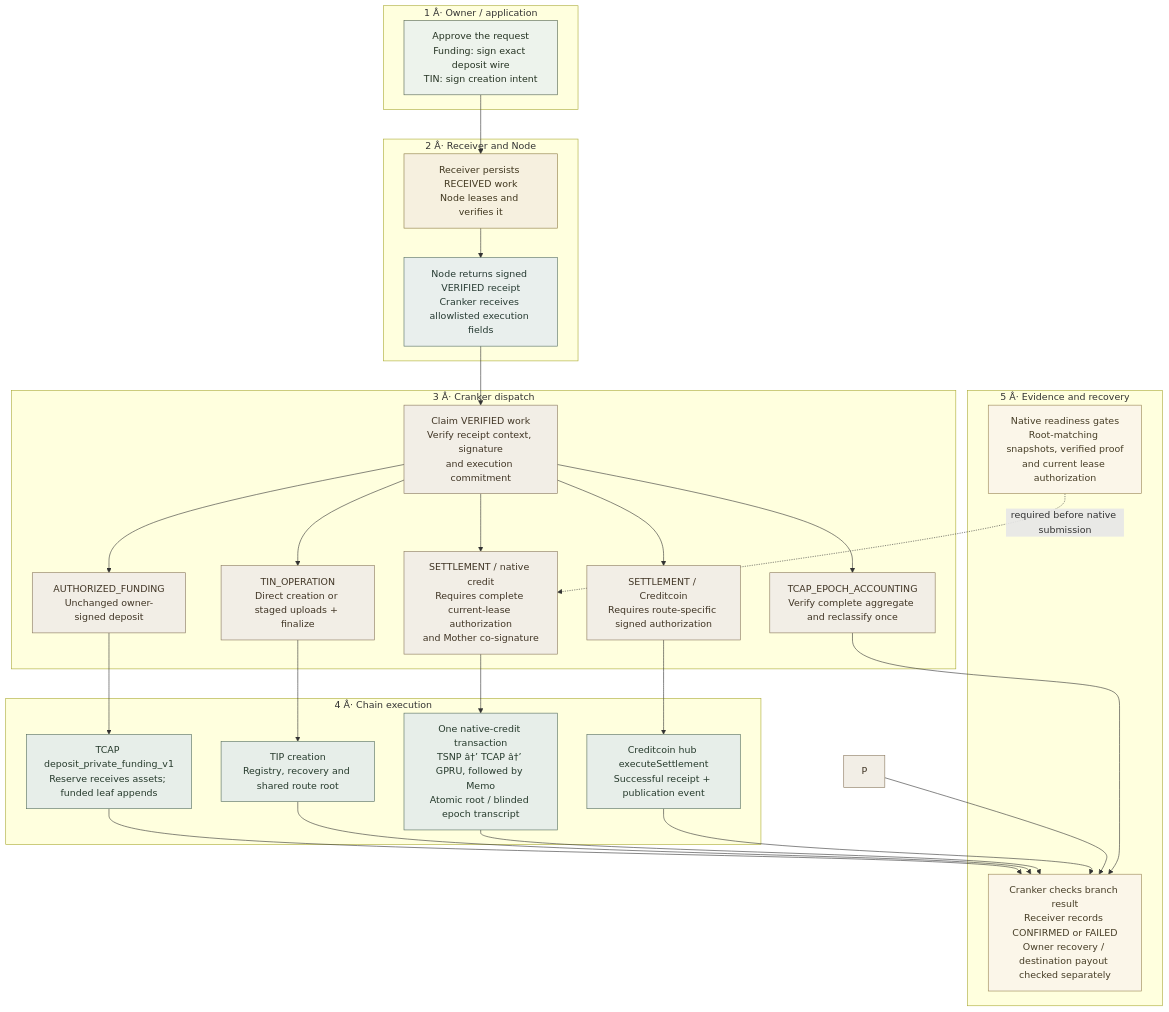
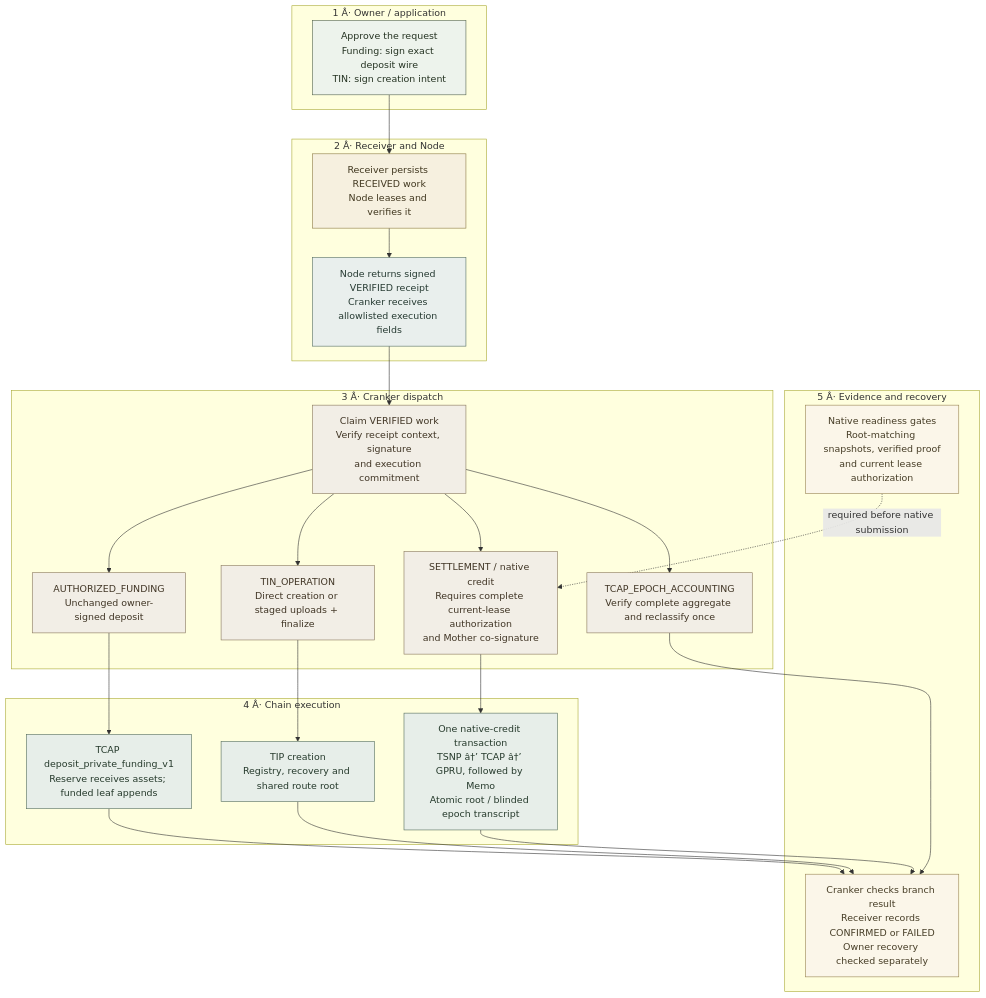
The diagram in docs/laboratory/cranker-transaction-map.md (bigdreamsweb3/trustlink-pay), drawn with Mermaid before and after one commit. The commit also changed other lines of this file and 263 other files, not shown here.

````diff
--- a/docs/laboratory/cranker-transaction-map.md
+++ b/docs/laboratory/cranker-transaction-map.md
@@ -11,55 +11,50 @@
 ```mermaid
 flowchart TB
   subgraph S1["1 Â· Owner / application"]
     A["Approve the request<br/>Funding: sign exact deposit wire<br/>TIN: sign creation intent"]
   end
   subgraph S2["2 Â· Receiver and Node"]
     R["Receiver persists RECEIVED work<br/>Node leases and verifies it"]
     N["Node returns signed VERIFIED receipt<br/>Cranker receives allowlisted execution fields"]
     R --> N
   end
   subgraph S3["3 Â· Cranker dispatch"]
     C["Claim VERIFIED work<br/>Verify receipt context, signature<br/>and execution commitment"]
     F["AUTHORIZED_FUNDING<br/>Unchanged owner-signed deposit"]
     I["TIN_OPERATION<br/>Direct creation or staged uploads + finalize"]
     H["SETTLEMENT / native credit<br/>Requires complete current-lease authorization<br/>and Mother co-signature"]
-    E["SETTLEMENT / Creditcoin<br/>Requires route-specific signed authorization"]
     C --> F
     C --> I
     C --> H
     Q["TCAP_EPOCH_ACCOUNTING<br/>Verify complete aggregate and reclassify once"]
-    C --> E
     C --> Q
   end
   subgraph S4["4 Â· Chain execution"]
     PF["TCAP deposit_private_funding_v1<br/>Reserve receives assets; funded leaf appends"]
     PI["TIP creation<br/>Registry, recovery and shared route root"]
     PH["One native-credit transaction<br/>TSNP â†’ TCAP â†’ GPRU, followed by Memo<br/>Atomic root / blinded epoch transcript"]
-    PE["Creditcoin hub executeSettlement<br/>Successful receipt + publication event"]
   end
   subgraph S5["5 Â· Evidence and recovery"]
-    O["Cranker checks branch result<br/>Receiver records CONFIRMED or FAILED<br/>Owner recovery / destination payout checked separately"]
+    O["Cranker checks branch result<br/>Receiver records CONFIRMED or FAILED<br/>Owner recovery checked separately"]
     B["Native readiness gates<br/>Root-matching snapshots, verified proof<br/>and current lease authorization"]
   end
   A --> R
   N --> C
   F --> PF --> O
   I --> PI --> O
   H --> PH --> O
-  E --> PE --> O
-  P --> O
   Q --> O
   B -. "required before native submission" .-> H
   classDef device fill:#edf3ec,stroke:#52634f,color:#253322;
   classDef receiver fill:#f6f0df,stroke:#8c7a45,color:#40371f;
   classDef node fill:#e9efed,stroke:#536d63,color:#263a32;
   classDef submission fill:#f2eee6,stroke:#88765b,color:#403525;
   classDef program fill:#e7eee9,stroke:#536c5b,color:#263a2c;
   classDef evidence fill:#fbf6e9,stroke:#998451,color:#463d26;
   class A device;
   class R receiver;
   class N node;
-  class C,F,I,H,E,P,Q submission;
-  class PF,PI,PH,PE program;
+  class C,F,I,H,Q submission;
+  class PF,PI,PH program;
   class O,B evidence;
 ```
````
